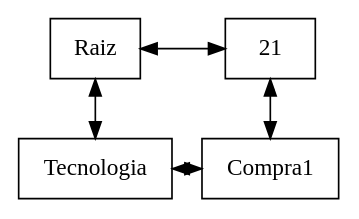
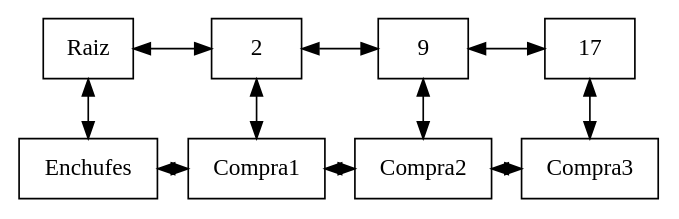
Before and after one commit to DiegoPabloPA/EDD_VirtualMall_201900226: the diagram in Proyecto1/diagramaMatriz.dot, drawn with Graphviz. The commit also changed 29 other files, not shown here.

```diff
--- a/Proyecto1/diagramaMatriz.dot
+++ b/Proyecto1/diagramaMatriz.dot
@@ -1,13 +1,25 @@
 digraph g{
 node [shape=box];
 NodoRaiz[label="Raiz",group=1];
-F1[label="Tecnologia", group = 1];
+F1[label="Enchufes", group = 1];
 NodoRaiz->F1[dir=both];
-C1[label="21",group =2];
+C1[label="2",group =2];
 NodoRaiz->C1[dir=both];
-{rank = same; NodoRaiz;C1; }
+C2[label="9",group =3];
+C1->C2[dir=both];
+C3[label="17",group =4];
+C2->C3[dir=both];
+{rank = same; NodoRaiz;C1; C2; C3; }
 Compra1[group =2];
 C1->Compra1[dir=both];
 F1->Compra1[dir=both];
 {rank = same; F1; Compra1; }
+Compra2[group =3];
+C2->Compra2[dir=both];
+Compra1->Compra2[dir=both];
+{rank = same; Compra1; Compra2; }
+Compra3[group =4];
+C3->Compra3[dir=both];
+Compra2->Compra3[dir=both];
+{rank = same; Compra2; Compra3; }
 }
```
